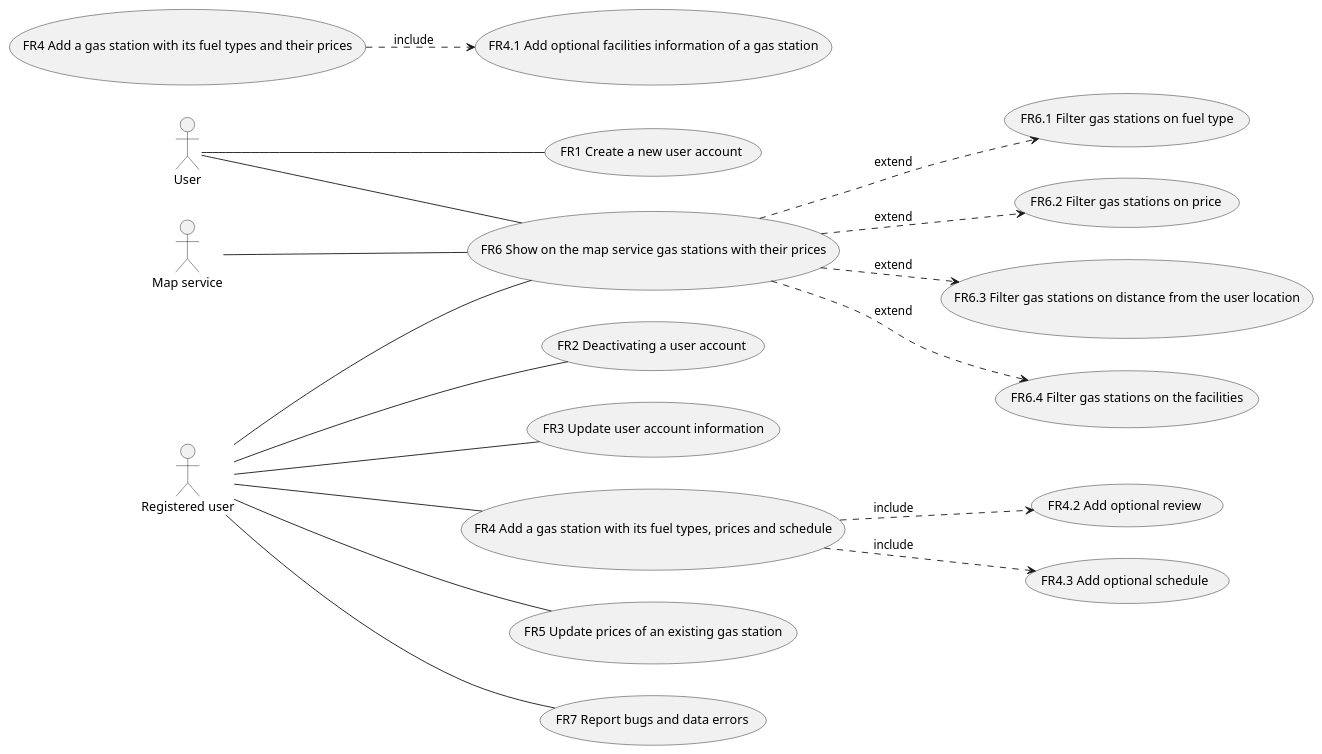
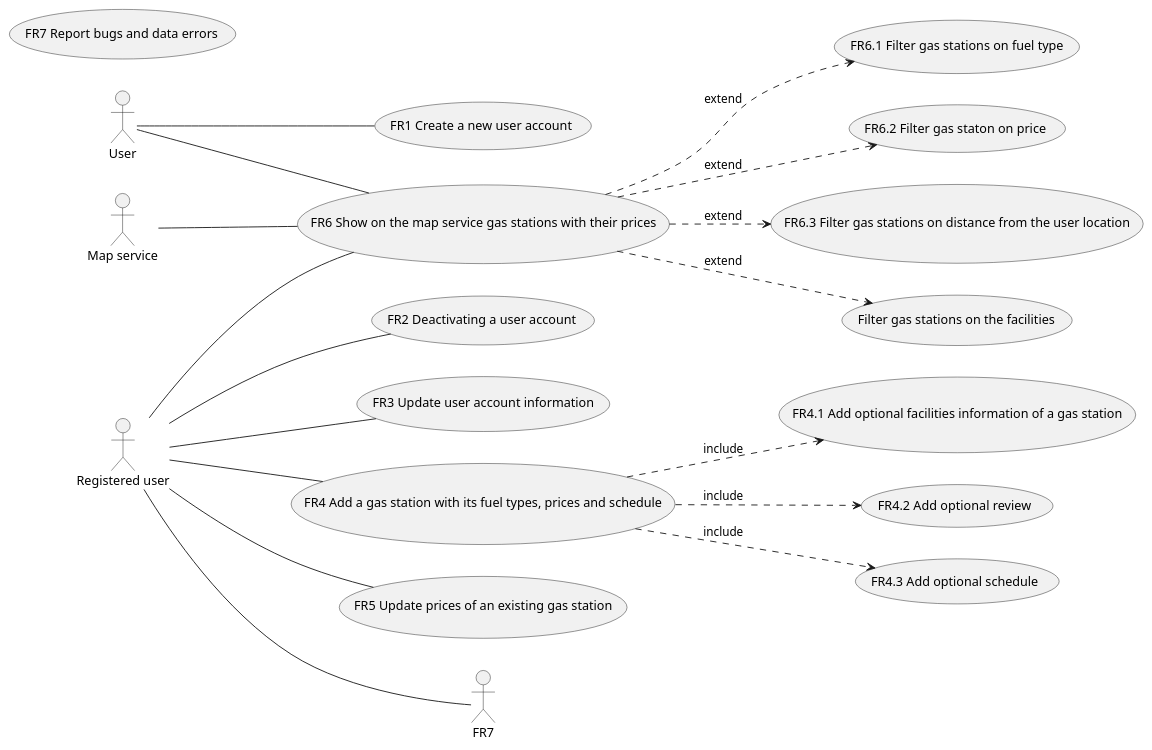
One commit to giovannitangredi/SEIProject changed the second of 5 diagrams in docs/RequirementsDocument.md. Above: the diagram before and after it, drawn with PlantUML. The commit also changed other lines of this file, not shown here.

Commit message:
docs: use case diagram fix on  RequirementsDocument

````diff
--- a/docs/RequirementsDocument.md
+++ b/docs/RequirementsDocument.md
@@ -120,27 +120,43 @@
 ```plantuml
 @startuml
 
 left to right direction
+
 actor User as u
 actor "Registered user" as ru
 actor "Map service" as m
 
-u -- (FR1 Create a new user account)
-ru -- (FR2 Deactivating a user account)
-ru -- (FR3 Update user account information)
-ru -- (FR4 Add a gas station with its fuel types, prices and schedule)
-(FR4 Add a gas station with its fuel types and their prices) ..> (FR4.1 Add optional facilities information of a gas station) : include
-(FR4 Add a gas station with its fuel types, prices and schedule) ..> (FR4.2 Add optional review) : include
-(FR4 Add a gas station with its fuel types, prices and schedule) ..> (FR4.3 Add optional schedule) : include
-ru -- (FR5 Update prices of an existing gas station)
-u -- (FR6 Show on the map service gas stations with their prices)
-ru -- (FR6 Show on the map service gas stations with their prices)
-m -- (FR6 Show on the map service gas stations with their prices)
-(FR6 Show on the map service gas stations with their prices) ..> (FR6.1 Filter gas stations on fuel type) : extend
-(FR6 Show on the map service gas stations with their prices) ..> (FR6.2 Filter gas stations on price) : extend
-(FR6 Show on the map service gas stations with their prices) ..> (FR6.3 Filter gas stations on distance from the user location) : extend
-(FR6 Show on the map service gas stations with their prices) ..> (FR6.4 Filter gas stations on the facilities) : extend
-ru -- (FR7 Report bugs and data errors)
+usecase "FR1 Create a new user account" as FR1
+usecase "FR2 Deactivating a user account" as FR2
+usecase "FR3 Update user account information" as FR3
+usecase "FR4 Add a gas station with its fuel types, prices and schedule" as FR4
+usecase "FR4.1 Add optional facilities information of a gas station" as FR4.1
+usecase "FR4.2 Add optional review" as FR4.2
+usecase "FR4.3 Add optional schedule" as FR4.3
+usecase "FR5 Update prices of an existing gas station" as FR5
+usecase "FR6 Show on the map service gas stations with their prices" as FR6
+usecase "FR6.1 Filter gas stations on fuel type" as FR6.1
+usecase "FR6.2 Filter gas staton on price" as FR6.2
+usecase "FR6.3 Filter gas stations on distance from the user location" as FR6.3 
+usecase "Filter gas stations on the facilities" as FR6.4
+usecase "FR7 Report bugs and data errors"
+
+u -- FR1 
+ru -- FR2
+ru -- FR3
+ru -- FR4 
+FR4 ..> FR4.1 : include
+FR4 ..> FR4.2 : include
+FR4 ..> FR4.3 : include
+ru -- FR5
+u -- FR6 
+ru -- FR6
+m -- FR6 
+FR6 ..> FR6.1 : extend
+FR6 ..> FR6.2 : extend
+FR6 ..> FR6.3 : extend
+FR6 ..> FR6.4 : extend
+ru -- FR7
 
 @enduml
 ```
````
